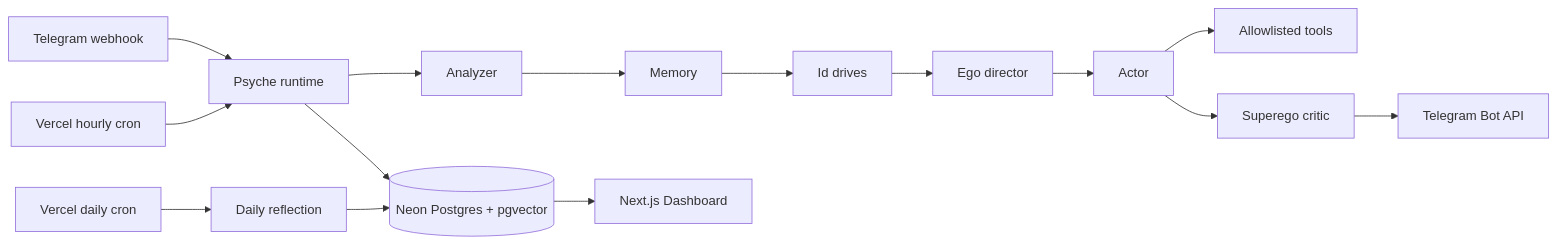
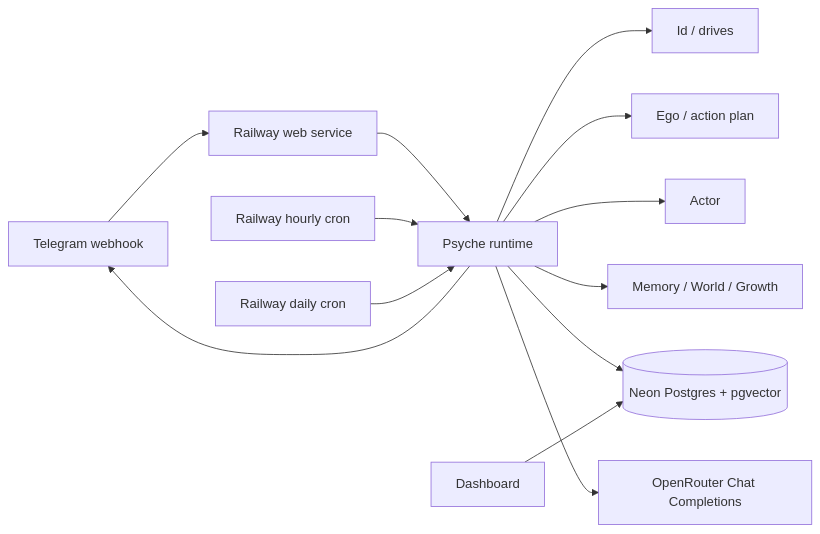
Before and after one commit to AetherAllan/Mira: the diagram in README.md, drawn with Mermaid. The commit also changed other lines of this file and 31 other files, not shown here.

````diff
--- a/README.md
+++ b/README.md
@@ -9,17 +9,15 @@
 ```mermaid
 flowchart LR
-  TG[Telegram webhook] --> RT[Psyche runtime]
-  HC[Vercel hourly cron] --> RT
-  DC[Vercel daily cron] --> RF[Daily reflection]
-  RT --> AN[Analyzer]
-  AN --> MEM[Memory]
-  MEM --> ID[Id drives]
-  ID --> EGO[Ego director]
-  EGO --> ACT[Actor]
-  ACT --> TOOL[Allowlisted tools]
-  ACT --> CRIT[Superego critic]
-  CRIT --> TGAPI[Telegram Bot API]
+  TG[Telegram webhook] --> WEB[Railway web service]
+  WEB --> RT[Psyche runtime]
+  HOURLY[Railway hourly cron] --> RT
+  DAILY[Railway daily cron] --> RT
+  RT --> ID[Id / drives]
+  RT --> EGO[Ego / action plan]
+  RT --> ACTOR[Actor]
+  RT --> MEM[Memory / World / Growth]
   RT --> DB[(Neon Postgres + pgvector)]
-  RF --> DB
-  DB --> DASH[Next.js Dashboard]
+  RT --> LLM[OpenRouter Chat Completions]
+  RT --> TG
+  DASH[Dashboard] --> DB
 ```
````
